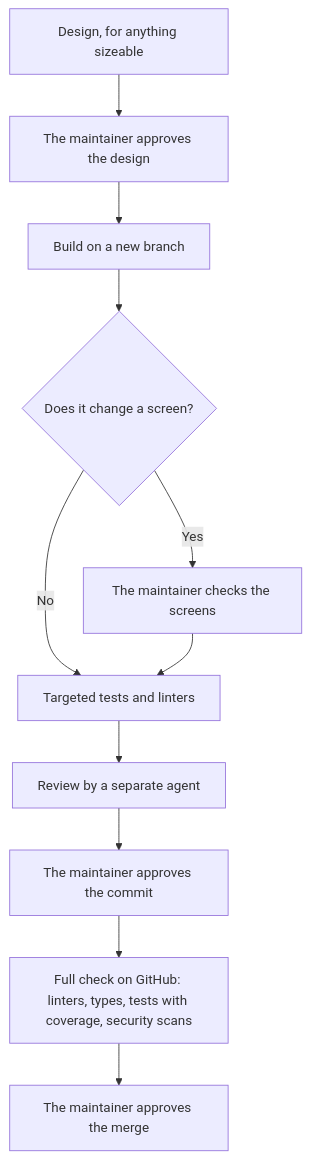
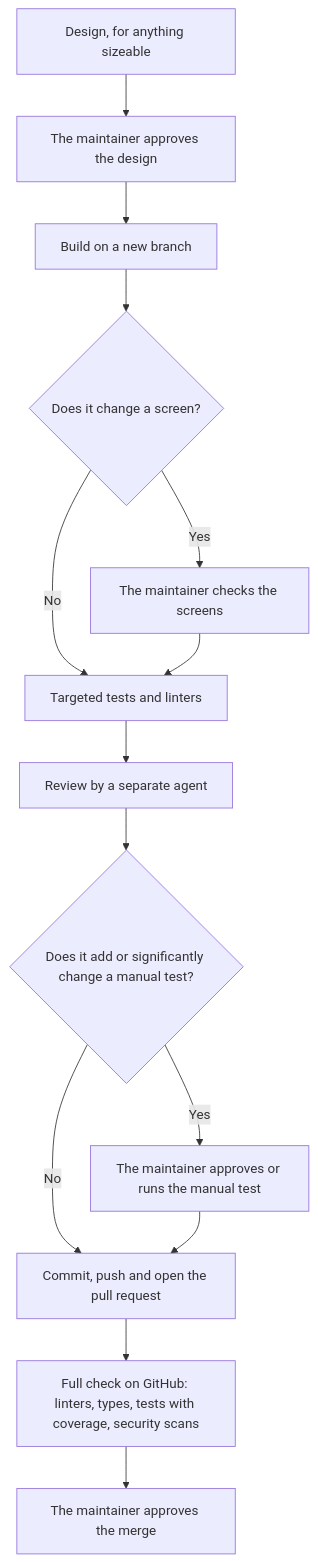
The diagram in docs/how-fathom-is-built.md (ribbitworks/fathom), drawn with Mermaid before and after one commit. The commit also changed other lines of this file and 4 other files, not shown here.

First line of the commit message:
docs: let agents commit and push without approval

````diff
--- a/docs/how-fathom-is-built.md
+++ b/docs/how-fathom-is-built.md
@@ -37,13 +37,16 @@
 ```mermaid
 flowchart TD
     Design["Design, for anything sizeable"] --> Approve["The maintainer approves the design"]
     Approve --> Build["Build on a new branch"]
     Build --> Screens{"Does it change a screen?"}
     Screens -- Yes --> Check["The maintainer checks the screens"]
     Screens -- No --> Tests
     Check --> Tests["Targeted tests and linters"]
     Tests --> Review["Review by a separate agent"]
-    Review --> Commit["The maintainer approves the commit"]
+    Review --> Manual{"Does it add or significantly change a manual test?"}
+    Manual -- Yes --> TestCheck["The maintainer approves or runs the manual test"]
+    Manual -- No --> Commit["Commit, push and open the pull request"]
+    TestCheck --> Commit
     Commit --> Full["Full check on GitHub: linters, types, tests with coverage, security scans"]
     Full --> Merge["The maintainer approves the merge"]
 ```
````
